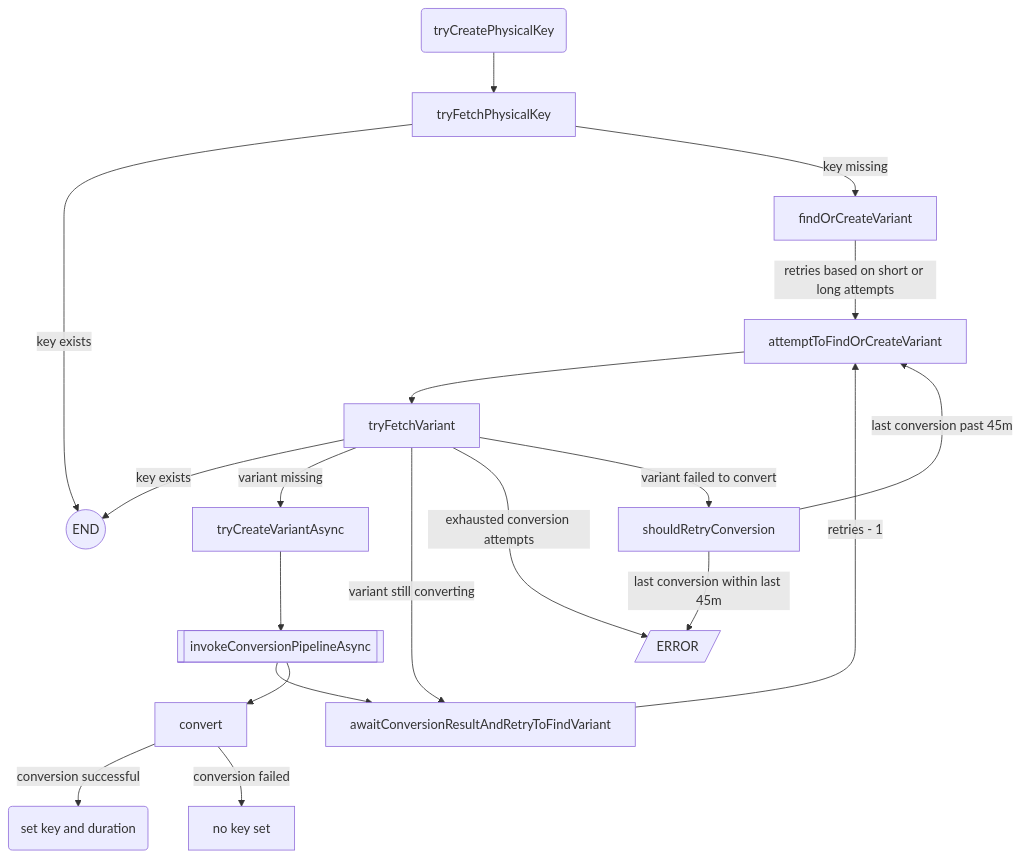
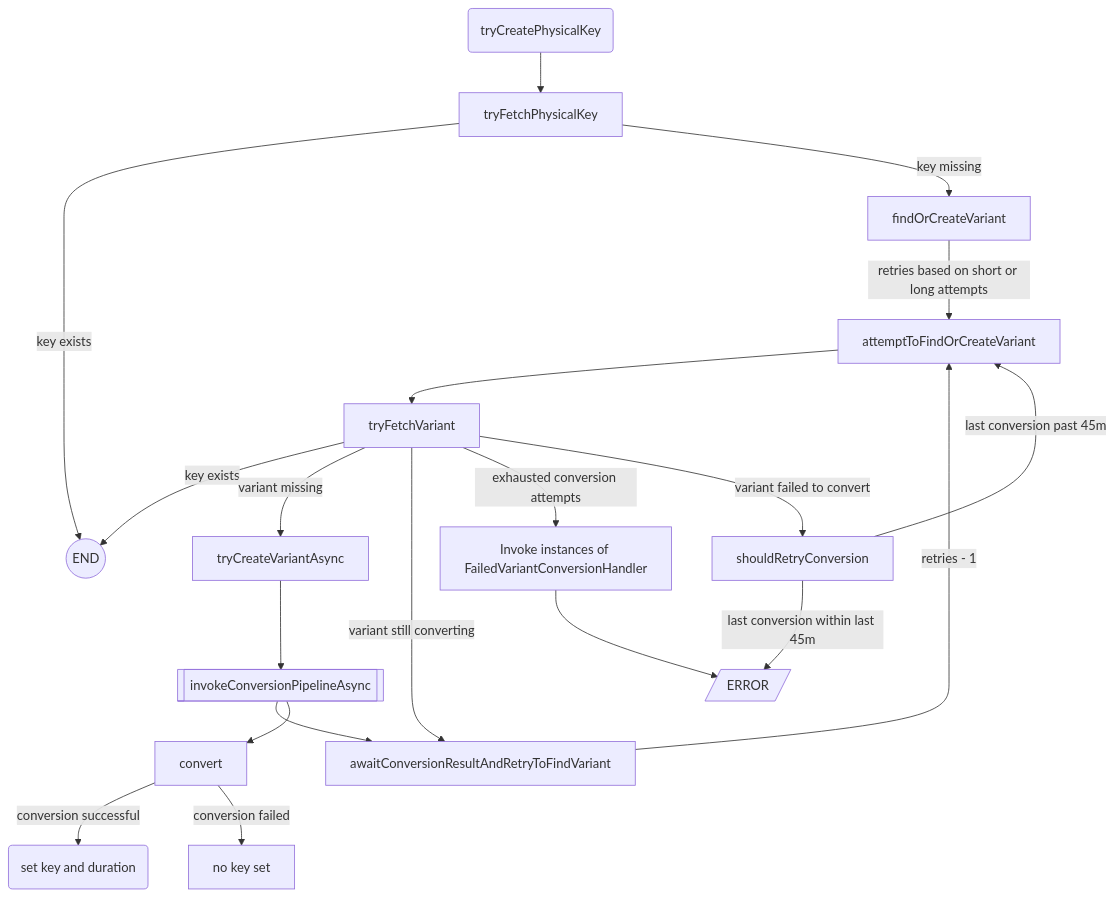
Before and after one commit to scireum/sirius-biz: the fourth of 4 diagrams in src/main/java/sirius/biz/storage/layer2/README.md, drawn with Mermaid.

Commit message:
Enhances diagram
Fixes: OX-11942

````diff
--- a/src/main/java/sirius/biz/storage/layer2/README.md
+++ b/src/main/java/sirius/biz/storage/layer2/README.md
@@ -119,21 +119,22 @@
 ```mermaid
 flowchart TD
     start(tryCreatePhysicalKey) --> tryFetchPhysicalKey
     tryFetchPhysicalKey -->|key exists| finish((END))
     tryFetchPhysicalKey -->|key missing| findOrCreateVariant
     findOrCreateVariant -->|retries based on short or long attempts| attemptToFindOrCreateVariant
     attemptToFindOrCreateVariant --> tryFetchVariant
     tryFetchVariant -->|key exists| finish((END))
     tryFetchVariant -->|variant missing| tryCreateVariantAsync
     tryCreateVariantAsync --> invokeConversionPipelineAsync[[invokeConversionPipelineAsync]]
     invokeConversionPipelineAsync --> awaitConversionResultAndRetryToFindVariant
     awaitConversionResultAndRetryToFindVariant -->|retries - 1| attemptToFindOrCreateVariant
     tryFetchVariant -->|variant still converting| awaitConversionResultAndRetryToFindVariant
-    tryFetchVariant -->|exhausted conversion attempts| error[/ERROR/]
+    tryFetchVariant -->|exhausted conversion attempts| failedConversionHandlers[Invoke instances of FailedVariantConversionHandler]
+    failedConversionHandlers --> error[/ERROR/]
     invokeConversionPipelineAsync --> startConversion[convert]
     startConversion -->|conversion successful| success(set key and duration)
     startConversion -->|conversion failed| failure[no key set]
     tryFetchVariant -->|variant failed to convert| shouldRetryConversion
     shouldRetryConversion -->|last conversion past 45m| attemptToFindOrCreateVariant
     shouldRetryConversion -->|last conversion within last 45m| error[/ERROR/]
 ```
````
